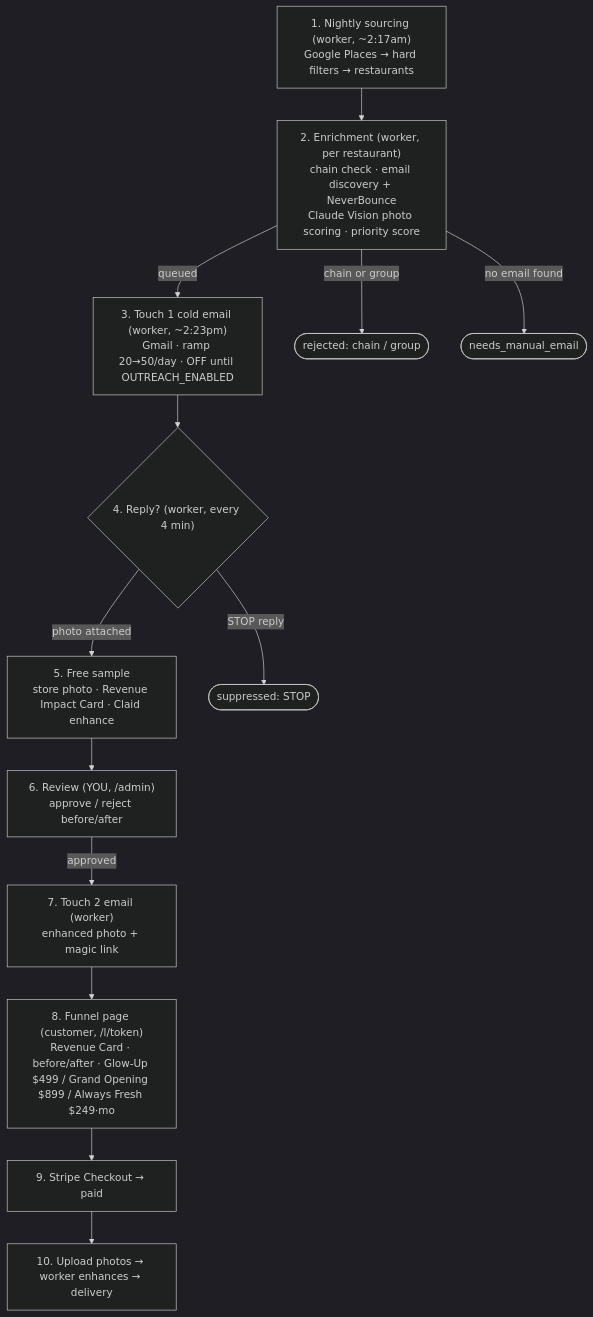
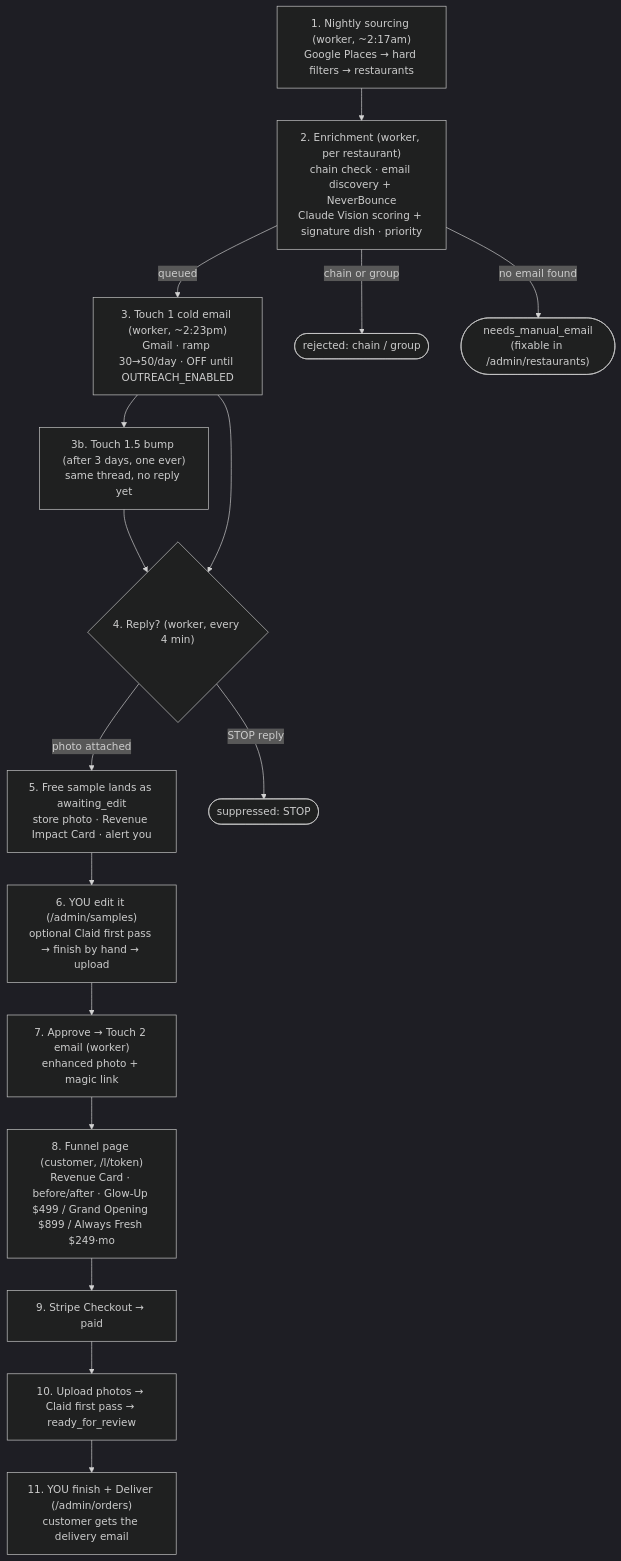
Before and after one commit to enriquehernandezit-oss/clickworthy: the first of 2 diagrams in PIPELINE.md, drawn with Mermaid (dark theme). The commit also changed other lines of this file and 2 other files, not shown here.

Commit message:
Update docs to match shipped pivot: self-serve landing, manual production, admin backend

````diff
--- a/PIPELINE.md
+++ b/PIPELINE.md
@@ -17,30 +21,35 @@
 ```mermaid
 flowchart TD
     S1["1. Nightly sourcing (worker, ~2:17am)<br/>Google Places → hard filters → restaurants"]
-    S2["2. Enrichment (worker, per restaurant)<br/>chain check · email discovery + NeverBounce<br/>Claude Vision photo scoring · priority score"]
-    S3["3. Touch 1 cold email (worker, ~2:23pm)<br/>Gmail · ramp 20→50/day · OFF until OUTREACH_ENABLED"]
+    S2["2. Enrichment (worker, per restaurant)<br/>chain check · email discovery + NeverBounce<br/>Claude Vision scoring + signature dish · priority"]
+    S3["3. Touch 1 cold email (worker, ~2:23pm)<br/>Gmail · ramp 30→50/day · OFF until OUTREACH_ENABLED"]
+    S3b["3b. Touch 1.5 bump (after 3 days, one ever)<br/>same thread, no reply yet"]
     S4{"4. Reply? (worker, every 4 min)"}
-    S5["5. Free sample<br/>store photo · Revenue Impact Card · Claid enhance"]
-    S6["6. Review (YOU, /admin)<br/>approve / reject before/after"]
-    S7["7. Touch 2 email (worker)<br/>enhanced photo + magic link"]
+    S5["5. Free sample lands as awaiting_edit<br/>store photo · Revenue Impact Card · alert you"]
+    S6["6. YOU edit it (/admin/samples)<br/>optional Claid first pass → finish by hand → upload"]
+    S7["7. Approve → Touch 2 email (worker)<br/>enhanced photo + magic link"]
     S8["8. Funnel page (customer, /l/token)<br/>Revenue Card · before/after · Glow-Up $499 / Grand Opening $899 / Always Fresh $249·mo"]
     S9["9. Stripe Checkout → paid"]
-    S10["10. Upload photos → worker enhances → delivery"]
+    S10["10. Upload photos → Claid first pass → ready_for_review"]
+    S11["11. YOU finish + Deliver (/admin/orders)<br/>customer gets the delivery email"]
 
     RJ(["rejected: chain / group"])
-    MM(["needs_manual_email"])
+    MM(["needs_manual_email<br/>(fixable in /admin/restaurants)"])
     SUP(["suppressed: STOP"])
 
     S1 --> S2
     S2 -->|chain or group| RJ
     S2 -->|no email found| MM
     S2 -->|queued| S3
+    S3 --> S3b
+    S3b --> S4
     S3 --> S4
     S4 -->|STOP reply| SUP
     S4 -->|photo attached| S5
     S5 --> S6
-    S6 -->|approved| S7
+    S6 --> S7
     S7 --> S8
     S8 --> S9
     S9 --> S10
+    S10 --> S11
 ```
````
